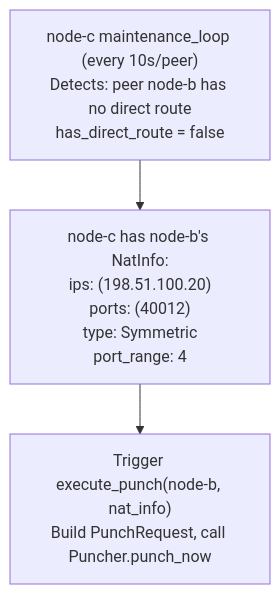
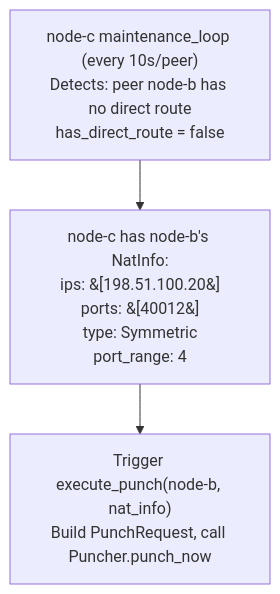
One commit to rustp2p/rustp2p changed diagram 17 of 27 in docs/nat-punch-principles.md. Above: the diagram before and after it, drawn with Mermaid. The commit also changed other lines of this file, not shown here.

Commit message:
docs: fix Mermaid rendering regressions in nat-punch principles

````diff
--- a/docs/nat-punch-principles.md
+++ b/docs/nat-punch-principles.md
@@ -586,7 +582,7 @@
 ```mermaid
 flowchart TD
     ML["node-c maintenance_loop (every 10s/peer)<br/>Detects: peer node-b has no direct route<br/>has_direct_route = false"]
-    NAT["node-c has node-b's NatInfo:<br/>ips: (198.51.100.20)<br/>ports: (40012)<br/>type: Symmetric<br/>port_range: 4"]
+    NAT["node-c has node-b's NatInfo:<br/>ips: &#91;198.51.100.20&#93;<br/>ports: &#91;40012&#93;<br/>type: Symmetric<br/>port_range: 4"]
     ML --> NAT
     NAT --> EXEC["Trigger execute_punch(node-b, nat_info)<br/>Build PunchRequest, call Puncher.punch_now"]
 ```
````
